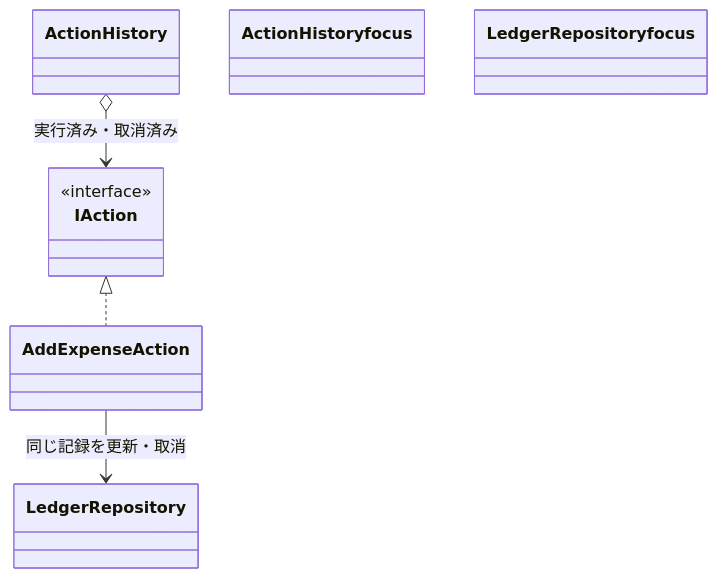
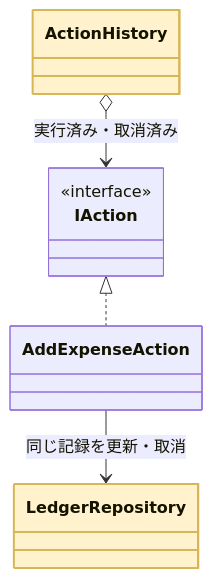
Diagram 11 of 20 in kindle/design-patterns/output/chapter05.md (kumachan1101-pixel/DesignPattern), drawn with Mermaid before and after one commit. The commit also changed other lines of this file and 15 other files, not shown here.

First line of the commit message:
全章classDiagram: phantom浮きクラスを生む着色構文 class X focus を :::focus へ修正（103箇所）

````diff
--- a/kindle/design-patterns/output/chapter05.md
+++ b/kindle/design-patterns/output/chapter05.md
@@ -1160,13 +1160,13 @@
 ```mermaid
 classDiagram
     class ActionHistory
     class IAction { <<interface>> }
     class LedgerRepository
     class AddExpenseAction
     ActionHistory o--> IAction : 実行済み・取消済み
     IAction <|.. AddExpenseAction
     AddExpenseAction --> LedgerRepository : 同じ記録を更新・取消
-    class ActionHistory focus
-    class LedgerRepository focus
+    class ActionHistory:::focus
+    class LedgerRepository:::focus
     classDef focus fill:#FFF2CC,stroke:#D6B656,stroke-width:2px
 ```
````
